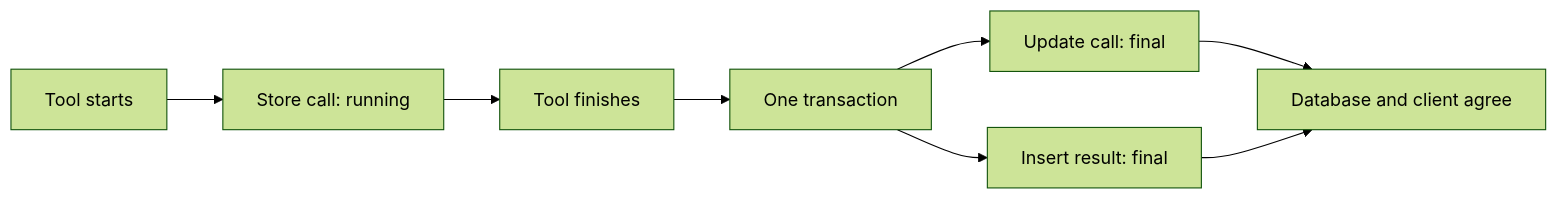
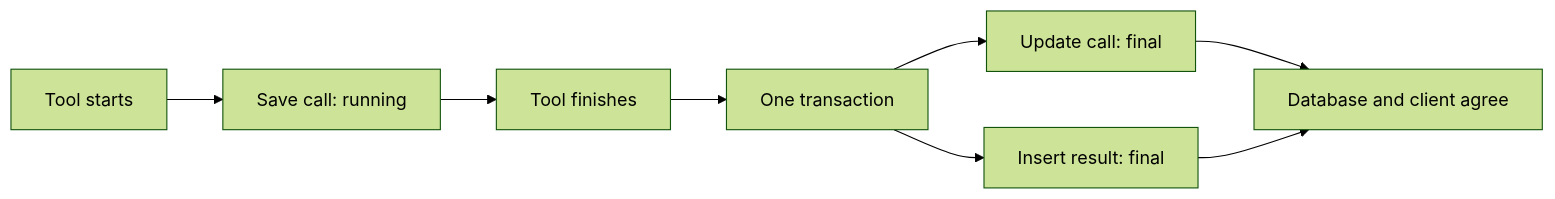
Diagram 14 of 29 in docs/superpowers/plans/2026-08-08-noema-practical-reliability-roadmap.md (kpsuperplane/Noema), drawn with Mermaid (forest theme) before and after one commit. The commit also changed other lines of this file, not shown here.

Commit message:
docs: apply plain terms across roadmap

````diff
--- a/docs/superpowers/plans/2026-08-08-noema-practical-reliability-roadmap.md
+++ b/docs/superpowers/plans/2026-08-08-noema-practical-reliability-roadmap.md
@@ -905,10 +915,10 @@
 ```mermaid
 flowchart LR
-    A["Tool starts"] --> B["Store call: running"]
+    A["Tool starts"] --> B["Save call: running"]
     B --> C["Tool finishes"]
     C --> D["One transaction"]
     D --> E["Update call: final"]
     D --> F["Insert result: final"]
     E --> G["Database and client agree"]
     F --> G
 ```
````
